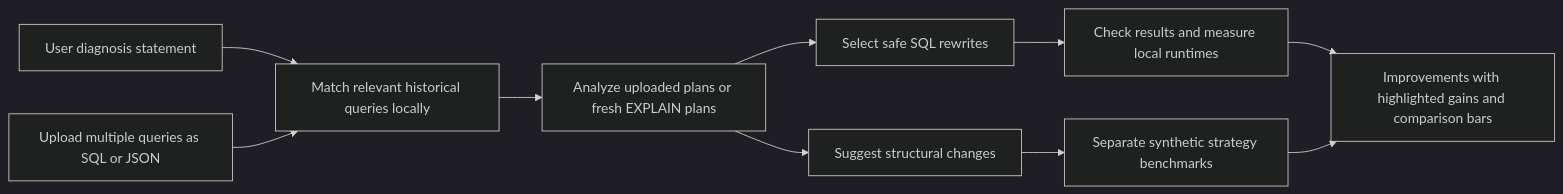
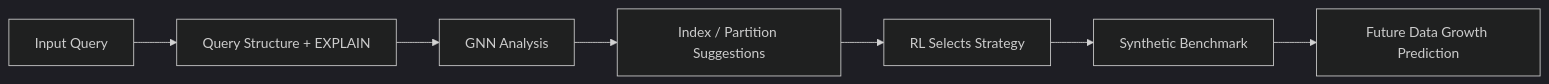
Before and after one commit to PawanNITRR/Database-Query-Optimizzer: the fourth of 5 diagrams in README.md, drawn with Mermaid (dark theme). The commit also changed other lines of this file, not shown here.

````diff
--- a/README.md
+++ b/README.md
@@ -49,12 +167,9 @@
 ```mermaid
 flowchart LR
-    A[User diagnosis statement] --> C[Match relevant historical queries locally]
-    B[Upload multiple queries as SQL or JSON] --> C
-    C --> D[Analyze uploaded plans or fresh EXPLAIN plans]
-    D --> E[Select safe SQL rewrites]
-    E --> F[Check results and measure local runtimes]
-    F --> G[Improvements with highlighted gains and comparison bars]
-    D --> H[Suggest structural changes]
-    H --> I[Separate synthetic strategy benchmarks]
-    I --> G
+    A[Input Query] --> B[Query Structure + EXPLAIN]
+    B --> C[GNN Analysis]
+    C --> D[Index / Partition Suggestions]
+    D --> E[RL Selects Strategy]
+    E --> F[Synthetic Benchmark]
+    F --> G[Future Data Growth Prediction]
 ```
````
